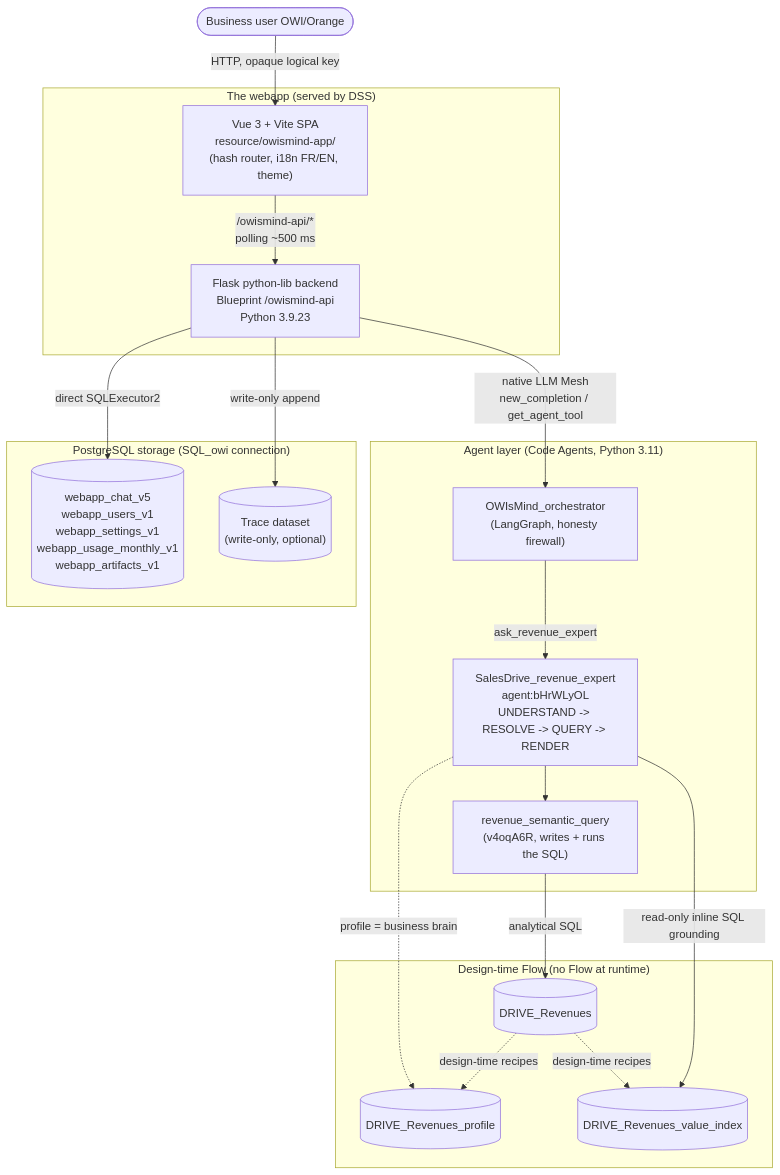
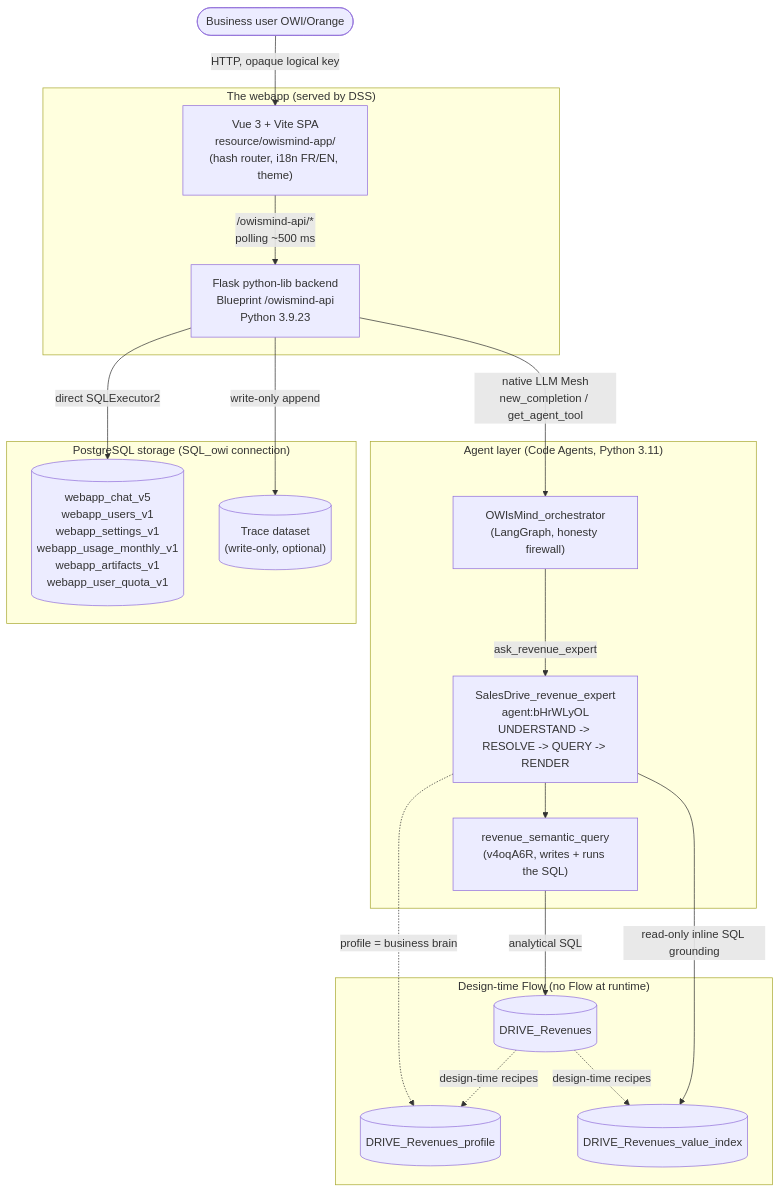
One commit to SAIDCHAOUI/owismind-system changed the diagram in project-documentation/02-architecture/01-system-overview.md. Above: the diagram before and after it, drawn with Mermaid. The commit also changed other lines of this file and 66 other files, not shown here.

````diff
--- a/project-documentation/02-architecture/01-system-overview.md
+++ b/project-documentation/02-architecture/01-system-overview.md
@@ -32,39 +32,39 @@
 ```mermaid
 flowchart TB
     user([Business user OWI/Orange])
 
     subgraph webapp["The webapp (served by DSS)"]
         spa["Vue 3 + Vite SPA<br/>resource/owismind-app/<br/>(hash router, i18n FR/EN, theme)"]
         flask["Flask python-lib backend<br/>Blueprint /owismind-api<br/>Python 3.9.23"]
     end
 
     subgraph agents["Agent layer (Code Agents, Python 3.11)"]
         orch["OWIsMind_orchestrator<br/>(LangGraph, honesty firewall)"]
         sub["SalesDrive_revenue_expert<br/>agent:bHrWLyOL<br/>UNDERSTAND -> RESOLVE -> QUERY -> RENDER"]
         tool["revenue_semantic_query<br/>(v4oqA6R, writes + runs the SQL)"]
     end
 
     subgraph storage["PostgreSQL storage (SQL_owi connection)"]
-        chat[("webapp_chat_v5<br/>webapp_users_v1<br/>webapp_settings_v1<br/>webapp_usage_monthly_v1<br/>webapp_artifacts_v1")]
+        chat[("webapp_chat_v5<br/>webapp_users_v1<br/>webapp_settings_v1<br/>webapp_usage_monthly_v1<br/>webapp_artifacts_v1<br/>webapp_user_quota_v1")]
         trace[("Trace dataset<br/>(write-only, optional)")]
     end
 
     subgraph design["Design-time Flow (no Flow at runtime)"]
         drive[("DRIVE_Revenues")]
         profile[("DRIVE_Revenues_profile")]
         vindex[("DRIVE_Revenues_value_index")]
     end
 
     user -->|HTTP, opaque logical key| spa
     spa -->|/owismind-api/*<br/>polling ~500 ms| flask
     flask -->|native LLM Mesh<br/>new_completion / get_agent_tool| orch
     orch -->|ask_revenue_expert| sub
     sub -->|read-only inline SQL grounding| vindex
     sub --> tool
     tool -->|analytical SQL| drive
     flask -->|direct SQLExecutor2| chat
     flask -->|write-only append| trace
     drive -.->|design-time recipes| profile
     drive -.->|design-time recipes| vindex
     sub -.->|profile = business brain| profile
 ```
````
